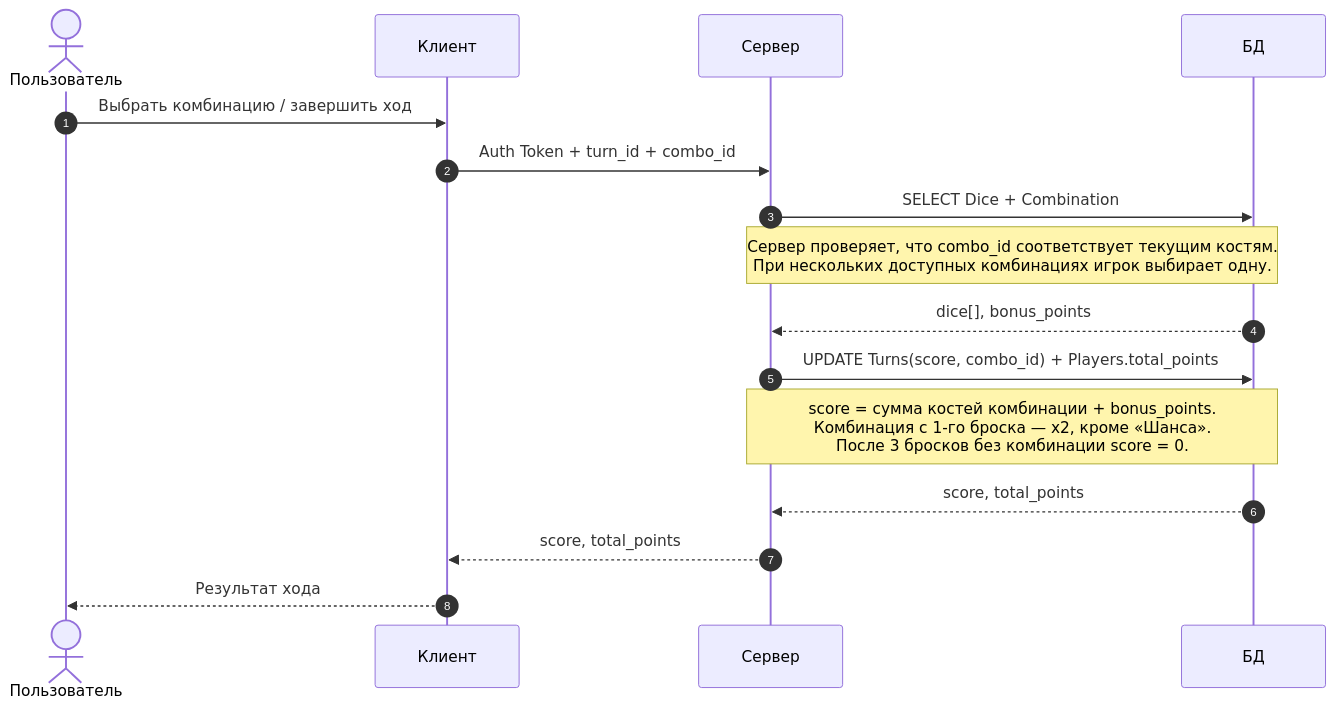
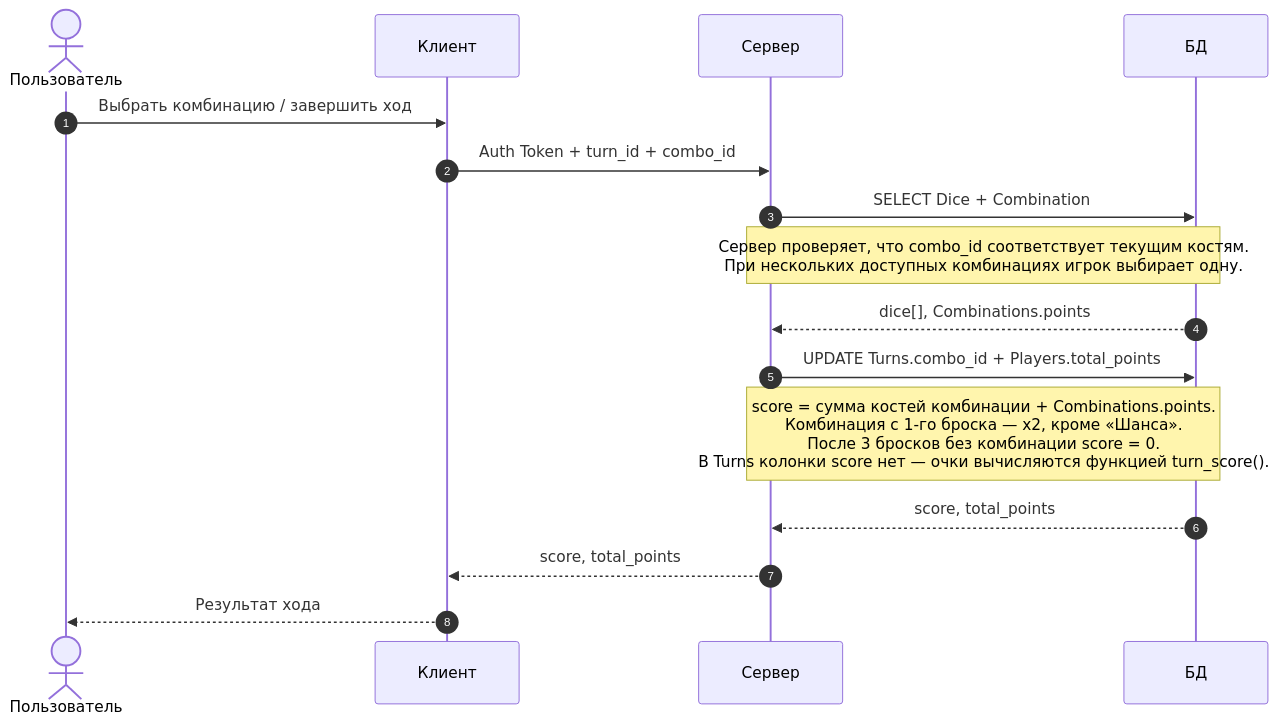
Diagram 11 of 14 in docs/api-schema.md (seventwogth/databases-itmo), drawn with Mermaid before and after one commit. The commit also changed other lines of this file and 2 other files, not shown here.

Commit message:
docs: align SQL functions with real DB schema, add game rules
- rewrite docs/sql-functions.md against poker_DB.drawio physical schema
  (Players.player_id/turn_at, Turns without score, no token table,
  Combinations.name/points)
- add docs/game-rules.md with combinations, scoring and turn flow
- fix api-schema.md references to match the schema

````diff
--- a/docs/api-schema.md
+++ b/docs/api-schema.md
@@ -211,19 +213,19 @@
 ```mermaid
 sequenceDiagram
     autonumber
     actor U as Пользователь
     participant C as Клиент
     participant S as Сервер
     participant DB as БД
 
     U->>C: Выбрать комбинацию / завершить ход
     C->>S: Auth Token + turn_id + combo_id
     S->>DB: SELECT Dice + Combination
     Note over S,DB: Сервер проверяет, что combo_id соответствует текущим костям.<br/>При нескольких доступных комбинациях игрок выбирает одну.
-    DB-->>S: dice[], bonus_points
-    S->>DB: UPDATE Turns(score, combo_id) + Players.total_points
-    Note over S,DB: score = сумма костей комбинации + bonus_points.<br/>Комбинация с 1-го броска — x2, кроме «Шанса».<br/>После 3 бросков без комбинации score = 0.
+    DB-->>S: dice[], Combinations.points
+    S->>DB: UPDATE Turns.combo_id + Players.total_points
+    Note over S,DB: score = сумма костей комбинации + Combinations.points.<br/>Комбинация с 1-го броска — x2, кроме «Шанса».<br/>После 3 бросков без комбинации score = 0.<br/>В Turns колонки score нет — очки вычисляются функцией turn_score().
     DB-->>S: score, total_points
     S-->>C: score, total_points
     C-->>U: Результат хода
 ```
````
